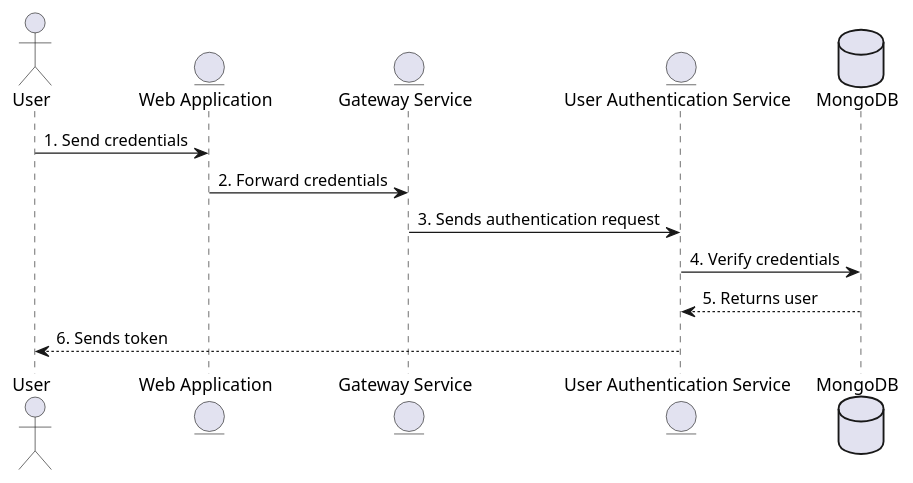
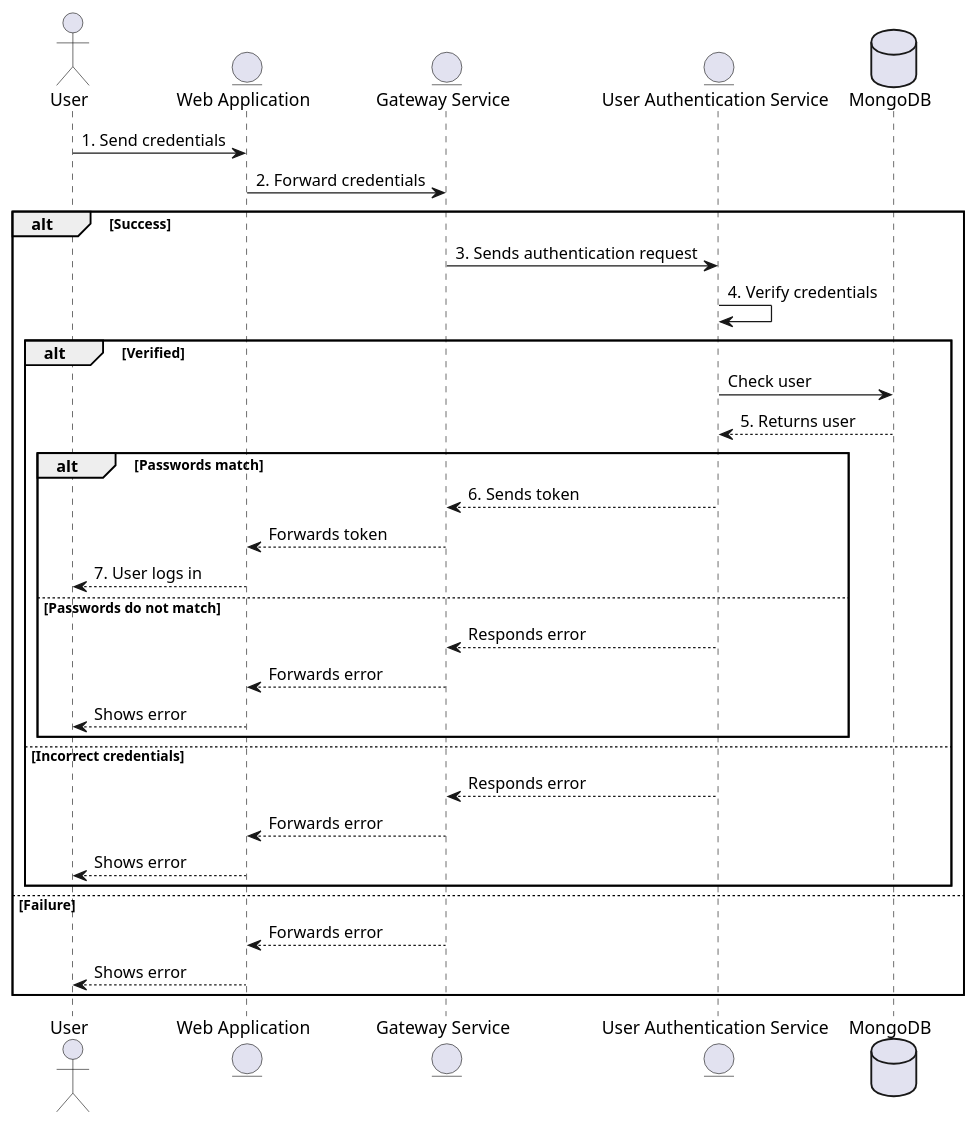
The second of 2 diagrams in docs/src/06_runtime_view.adoc (Arquisoft/wichat_en2b), drawn with PlantUML before and after one commit. The commit also changed other lines of this file, not shown here.

Commit message:
Register diagram + explanation

```diff
--- a/docs/src/06_runtime_view.adoc
+++ b/docs/src/06_runtime_view.adoc
@@ -47,16 +88,41 @@
-[plantuml,"Sequence diagram",png]
+[plantuml,"Login diagram",png]
 ----
 actor User
 entity WA as "Web Application"
 entity GS as "Gateway Service"
 entity UAS as "User Authentication Service"
 database DB as "MongoDB"
 
 User -> WA : 1. Send credentials
 WA -> GS : 2. Forward credentials
-GS -> UAS : 3. Sends authentication request
-UAS -> DB : 4. Verify credentials
 
-UAS <-- DB : 5. Returns user
-User <-- UAS : 6. Sends token
+alt Success
+    GS -> UAS : 3. Sends authentication request
+    UAS -> UAS : 4. Verify credentials
+
+    alt Verified
+        UAS -> DB : Check user
+        UAS <-- DB : 5. Returns user
+
+        alt Passwords match
+            GS <-- UAS : 6. Sends token
+            WA <-- GS : Forwards token
+            User <-- WA : 7. User logs in
+        
+        else Passwords do not match
+            GS <-- UAS : Responds error
+            WA <-- GS : Forwards error
+            User <-- WA : Shows error
+        end
+
+    else Incorrect credentials
+        GS <-- UAS : Responds error
+        WA <-- GS : Forwards error
+        User <-- WA : Shows error
+    end
+else Failure
+    WA <-- GS : Forwards error
+    User <-- WA : Shows error
+
+end
 ----
```
